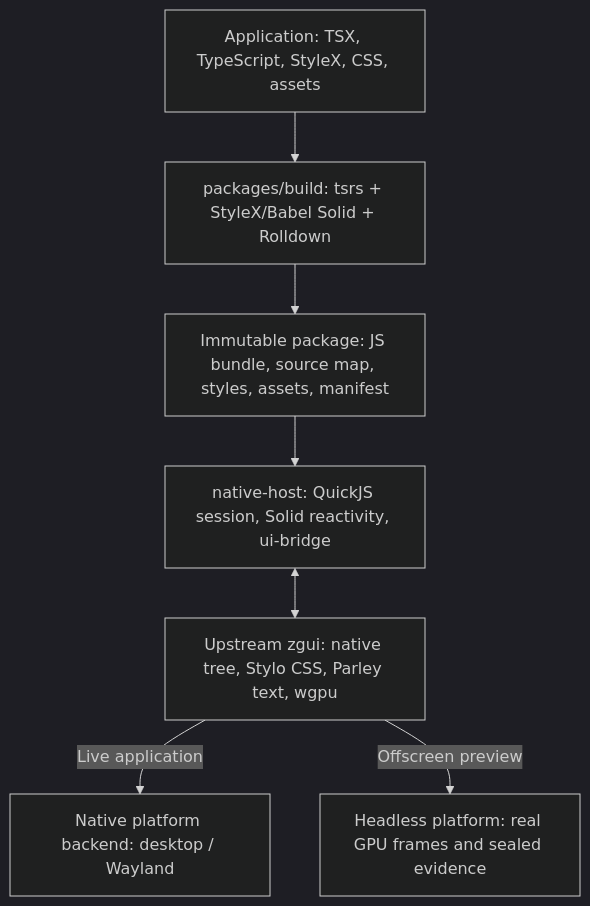
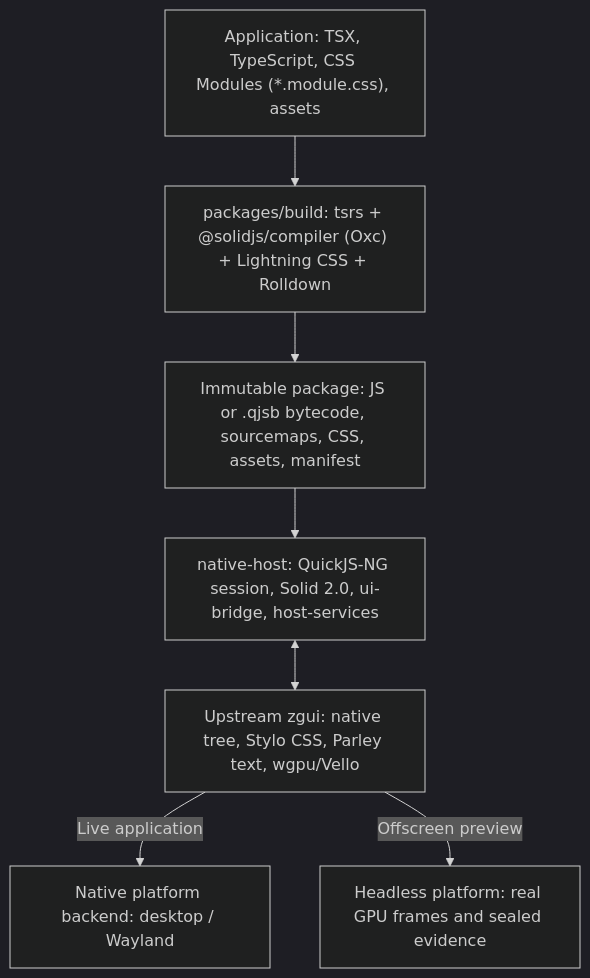
One commit to hewel/zgui-js changed the diagram in README.md. Above: the diagram before and after it, drawn with Mermaid (dark theme). The commit also changed other lines of this file and 13 other files, not shown here.

````diff
--- a/README.md
+++ b/README.md
@@ -13,9 +13,9 @@
 ```mermaid
 flowchart TB
-    Source["Application: TSX, TypeScript, StyleX, CSS, assets"] --> Build["packages/build: tsrs + StyleX/Babel Solid + Rolldown"]
-    Build --> Package["Immutable package: JS bundle, source map, styles, assets, manifest"]
-    Package --> Host["native-host: QuickJS session, Solid reactivity, ui-bridge"]
-    Host <--> Native["Upstream zgui: native tree, Stylo CSS, Parley text, wgpu"]
+    Source["Application: TSX, TypeScript, CSS Modules (*.module.css), assets"] --> Build["packages/build: tsrs + @solidjs/compiler (Oxc) + Lightning CSS + Rolldown"]
+    Build --> Package["Immutable package: JS or .qjsb bytecode, sourcemaps, CSS, assets, manifest"]
+    Package --> Host["native-host: QuickJS-NG session, Solid 2.0, ui-bridge, host-services"]
+    Host <--> Native["Upstream zgui: native tree, Stylo CSS, Parley text, wgpu/Vello"]
     Native -->|Live application| Desktop["Native platform backend: desktop / Wayland"]
     Native -->|Offscreen preview| Preview["Headless platform: real GPU frames and sealed evidence"]
 ```
````
